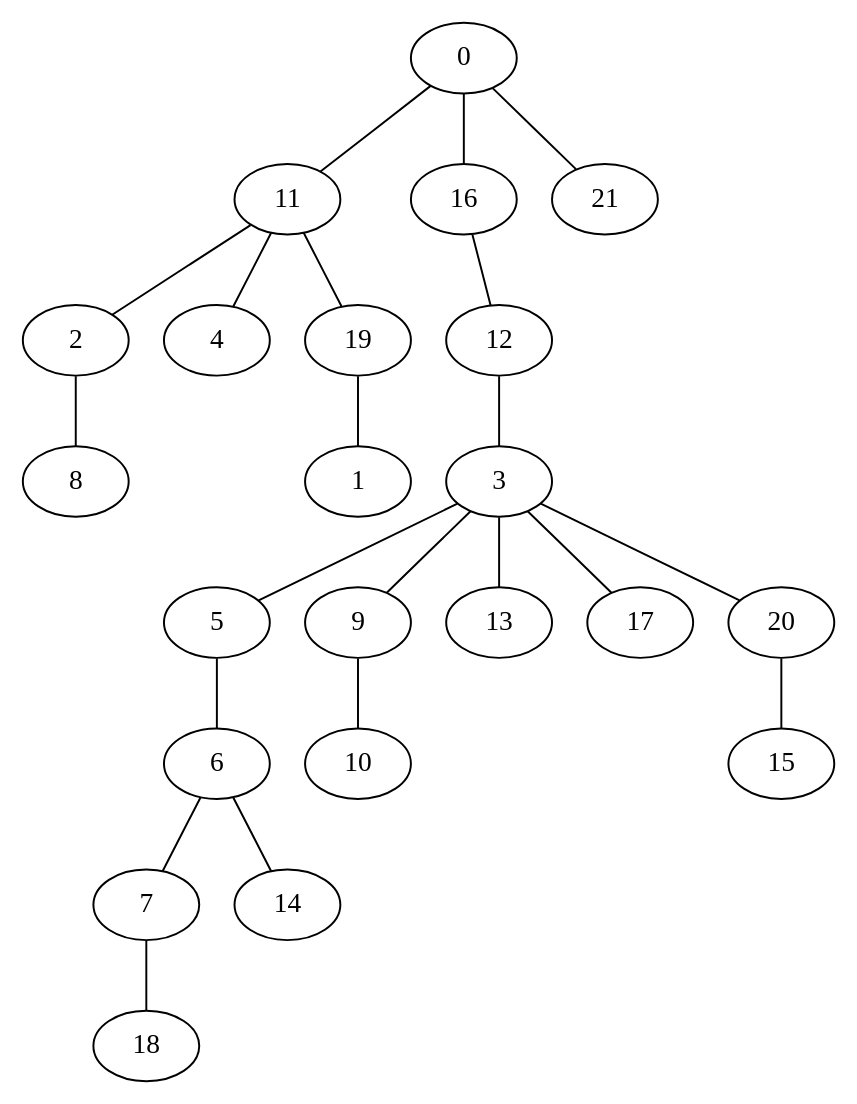
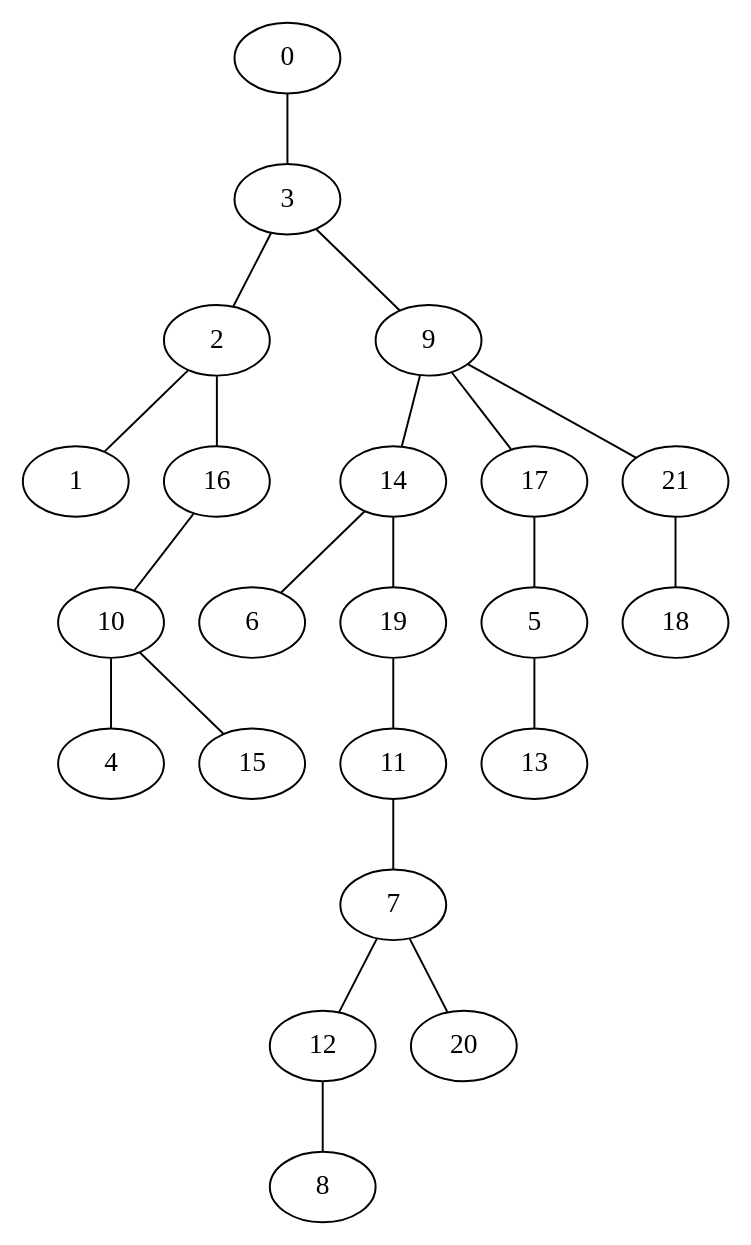
Before and after one commit to VillegasGG/greedy-firefighter-problem: the diagram in pygrapghviz.dot, drawn with Graphviz. The commit also changed 3 other files, not shown here.

```diff
--- a/pygrapghviz.dot
+++ b/pygrapghviz.dot
@@ -1,23 +1,23 @@
 strict graph "" {
-	0 -- 11;
-	0 -- 16;
-	0 -- 21;
-	11 -- 2;
-	11 -- 4;
-	11 -- 19;
-	16 -- 12;
-	12 -- 3;
-	3 -- 5;
+	0 -- 3;
+	3 -- 2;
 	3 -- 9;
-	3 -- 13;
-	3 -- 17;
-	3 -- 20;
-	5 -- 6;
-	9 -- 10;
-	20 -- 15;
-	6 -- 7;
-	6 -- 14;
-	7 -- 18;
-	2 -- 8;
-	19 -- 1;
+	2 -- 1;
+	2 -- 16;
+	9 -- 14;
+	9 -- 17;
+	9 -- 21;
+	14 -- 6;
+	14 -- 19;
+	17 -- 5;
+	21 -- 18;
+	5 -- 13;
+	19 -- 11;
+	11 -- 7;
+	7 -- 12;
+	7 -- 20;
+	12 -- 8;
+	16 -- 10;
+	10 -- 4;
+	10 -- 15;
 }
```
